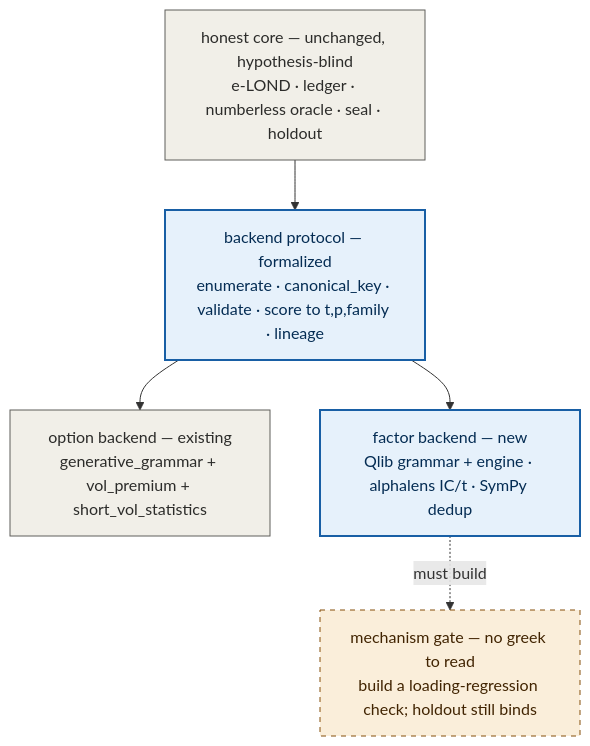
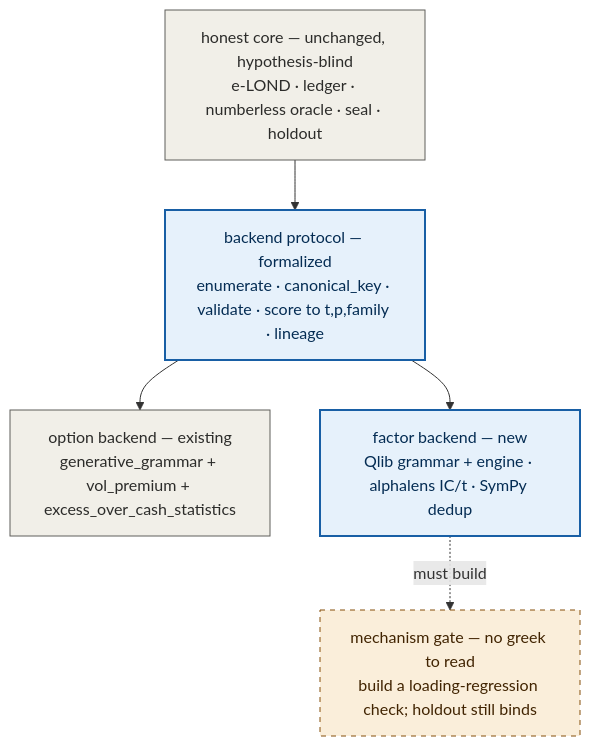
Before and after one commit to l3a0/trading-strategies: the first of 2 diagrams in docs/integration_plan.md, drawn with Mermaid. The commit also changed other lines of this file and 44 other files, not shown here.

````diff
--- a/docs/integration_plan.md
+++ b/docs/integration_plan.md
@@ -80,15 +80,15 @@
 ```mermaid
 flowchart TB
     HC["honest core — unchanged, hypothesis-blind<br/>e-LOND · ledger · numberless oracle · seal · holdout"]:::keep
     PR["backend protocol — formalized<br/>enumerate · canonical_key · validate · score to t,p,family · lineage"]:::new
-    OB["option backend — existing<br/>generative_grammar + vol_premium + short_vol_statistics"]:::keep
+    OB["option backend — existing<br/>generative_grammar + vol_premium + excess_over_cash_statistics"]:::keep
     FB["factor backend — new<br/>Qlib grammar + engine · alphalens IC/t · SymPy dedup"]:::new
     GAP["mechanism gate — no greek to read<br/>build a loading-regression check; holdout still binds"]:::gap
     HC --> PR
     PR --> OB
     PR --> FB
     FB -. must build .-> GAP
     classDef keep fill:#f1efe8,stroke:#5f5e5a,color:#2c2c2a
     classDef new fill:#e6f1fb,stroke:#185fa5,stroke-width:2px,color:#042c53
     classDef gap fill:#faeeda,stroke:#854f0b,stroke-dasharray:5,color:#412402
 ```
````
